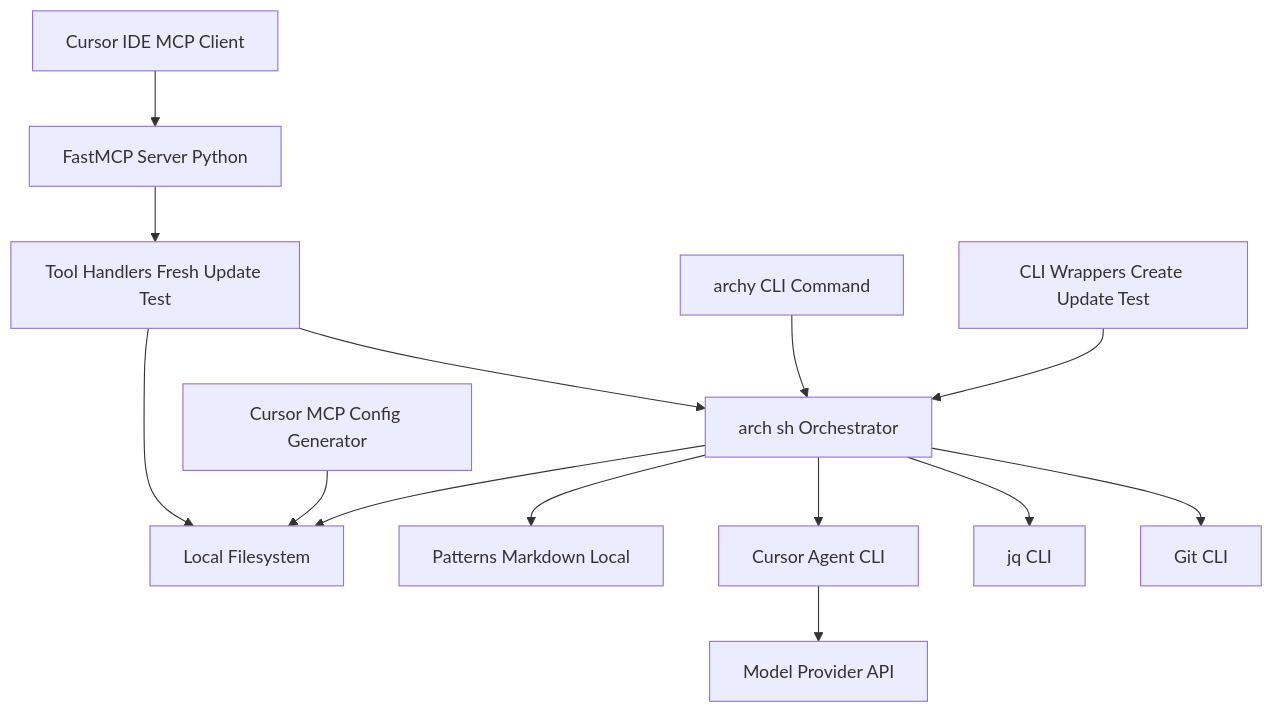
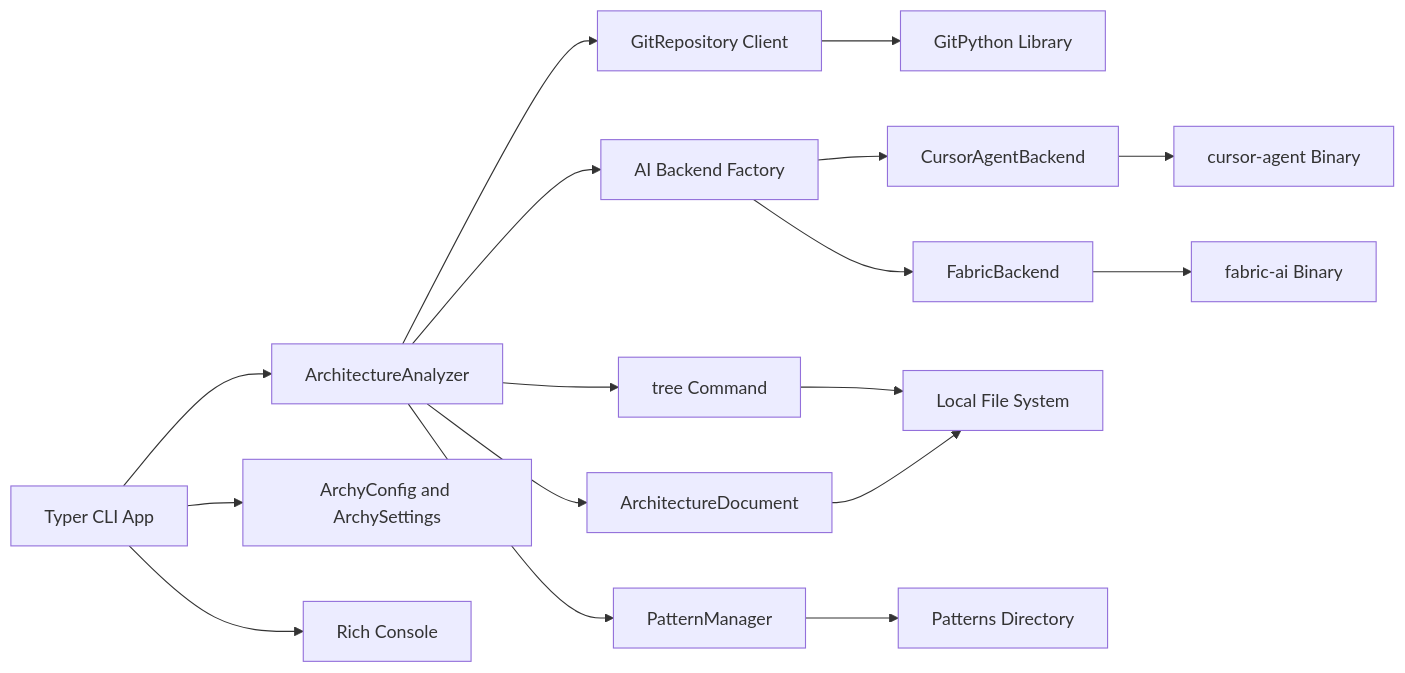
One commit to obzenner/archy changed the second of 3 diagrams in arch.md. Above: the diagram before and after it, drawn with Mermaid. The commit also changed other lines of this file, not shown here.

Commit message:
chore: update arch

````diff
--- a/arch.md
+++ b/arch.md
@@ -106,30 +71,41 @@
 ```mermaid
-flowchart TB
-    Cursor_Client[Cursor IDE MCP Client]
-    MCP_Server[FastMCP Server Python]
-    Tools_Module[Tool Handlers Fresh Update Test]
-    Arch_Orchestrator[arch sh Orchestrator]
-    Archy_CLI[archy CLI Command]
-    CLI_Wrappers[CLI Wrappers Create Update Test]
-    Patterns_Library[Patterns Markdown Local]
-    Config_Generator[Cursor MCP Config Generator]
-    Git_CLI[Git CLI]
-    jq_CLI[jq CLI]
-    Cursor_Agent[Cursor Agent CLI]
-    File_System[Local Filesystem]
-    Model_API[Model Provider API]
+flowchart LR
+    Typer_App[Typer CLI App]
+    Architecture_Analyzer[ArchitectureAnalyzer]
+    Archy_Config[ArchyConfig and ArchySettings]
+    Git_Repository_Client[GitRepository Client]
+    GitPython_Library[GitPython Library]
+    Pattern_Manager[PatternManager]
+    AI_Backend_Factory[AI Backend Factory]
+    CursorAgent_Backend[CursorAgentBackend]
+    Fabric_Backend[FabricBackend]
+    Architecture_Document[ArchitectureDocument]
+    Rich_Console[Rich Console]
+    Tree_Command[tree Command]
+    Local_File_System[Local File System]
+    CursorAgent_CLI_Binary[cursor-agent Binary]
+    Fabric_AI_CLI_Binary[fabric-ai Binary]
+    Patterns_Directory[Patterns Directory]
 
-    Cursor_Client --> MCP_Server
-    MCP_Server --> Tools_Module
-    Tools_Module --> Arch_Orchestrator
-    Tools_Module --> File_System
-    CLI_Wrappers --> Arch_Orchestrator
-    Archy_CLI --> Arch_Orchestrator
-    Arch_Orchestrator --> Git_CLI
-    Arch_Orchestrator --> jq_CLI
-    Arch_Orchestrator --> Cursor_Agent
-    Arch_Orchestrator --> Patterns_Library
-    Arch_Orchestrator --> File_System
-    Config_Generator --> File_System
-    Cursor_Agent --> Model_API
+    Typer_App --> Archy_Config
+    Typer_App --> Architecture_Analyzer
+    Typer_App --> Rich_Console
+
+    Architecture_Analyzer --> Git_Repository_Client
+    Git_Repository_Client --> GitPython_Library
+
+    Architecture_Analyzer --> Pattern_Manager
+    Pattern_Manager --> Patterns_Directory
+
+    Architecture_Analyzer --> AI_Backend_Factory
+    AI_Backend_Factory --> CursorAgent_Backend
+    AI_Backend_Factory --> Fabric_Backend
+    CursorAgent_Backend --> CursorAgent_CLI_Binary
+    Fabric_Backend --> Fabric_AI_CLI_Binary
+
+    Architecture_Analyzer --> Tree_Command
+    Tree_Command --> Local_File_System
+
+    Architecture_Analyzer --> Architecture_Document
+    Architecture_Document --> Local_File_System
 ```
````
